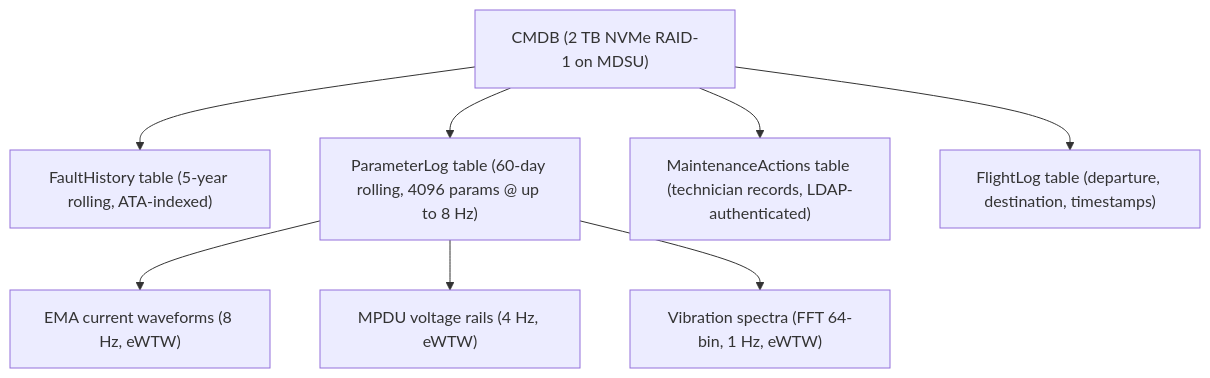
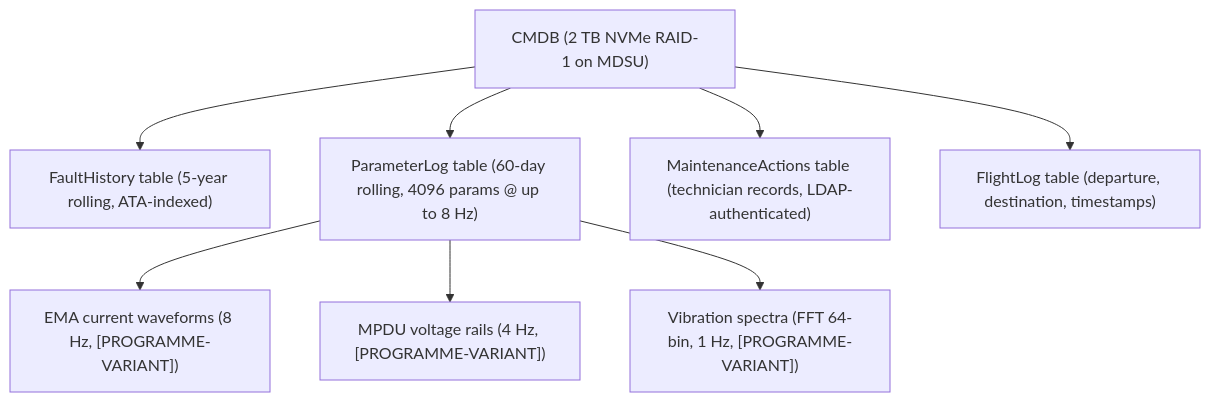
One commit to AmedeoPelliccia/Qplus-For-All-Queer-People-and-Quantum changed the first of 3 diagrams in Q+ATLANTIDE/000-099_ATLAS/040-049_Avionica-Informacion-y-APU/045_Central-Maintenance-System/045-040-Maintenance-Data-Recording-and-History.md. Above: the diagram before and after it, drawn with Mermaid. The commit also changed other lines of this file and 676 other files, not shown here.

First line of the commit message:
feat: de-programmatize all ATLAS standard files — remove AMPEL360E/eWTW programme content

````diff
--- a/Q+ATLANTIDE/000-099_ATLAS/040-049_Avionica-Informacion-y-APU/045_Central-Maintenance-System/045-040-Maintenance-Data-Recording-and-History.md
+++ b/Q+ATLANTIDE/000-099_ATLAS/040-049_Avionica-Informacion-y-APU/045_Central-Maintenance-System/045-040-Maintenance-Data-Recording-and-History.md
@@ -86,11 +88,11 @@
 ```mermaid
 graph TD
     CMDB["CMDB (2 TB NVMe RAID-1 on MDSU)"]
     CMDB --> FH["FaultHistory table (5-year rolling, ATA-indexed)"]
     CMDB --> PL["ParameterLog table (60-day rolling, 4096 params @ up to 8 Hz)"]
     CMDB --> MA["MaintenanceActions table (technician records, LDAP-authenticated)"]
     CMDB --> FL["FlightLog table (departure, destination, timestamps)"]
-    PL --> EMA["EMA current waveforms (8 Hz, eWTW)"]
-    PL --> MPDU["MPDU voltage rails (4 Hz, eWTW)"]
-    PL --> VIB["Vibration spectra (FFT 64-bin, 1 Hz, eWTW)"]
+    PL --> EMA["EMA current waveforms (8 Hz, [PROGRAMME-VARIANT])"]
+    PL --> MPDU["MPDU voltage rails (4 Hz, [PROGRAMME-VARIANT])"]
+    PL --> VIB["Vibration spectra (FFT 64-bin, 1 Hz, [PROGRAMME-VARIANT])"]
 ```
````
